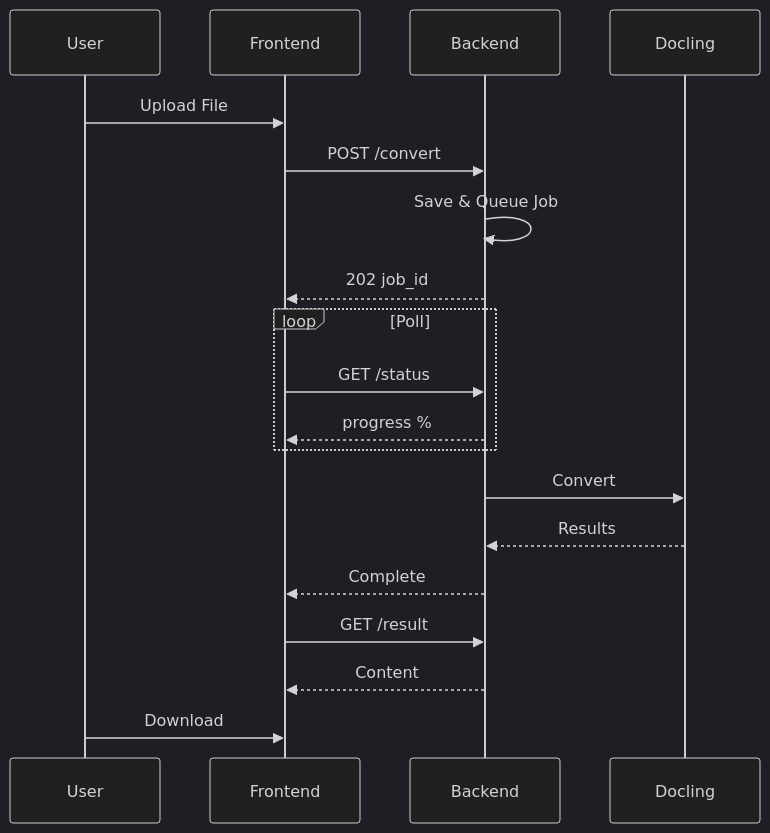
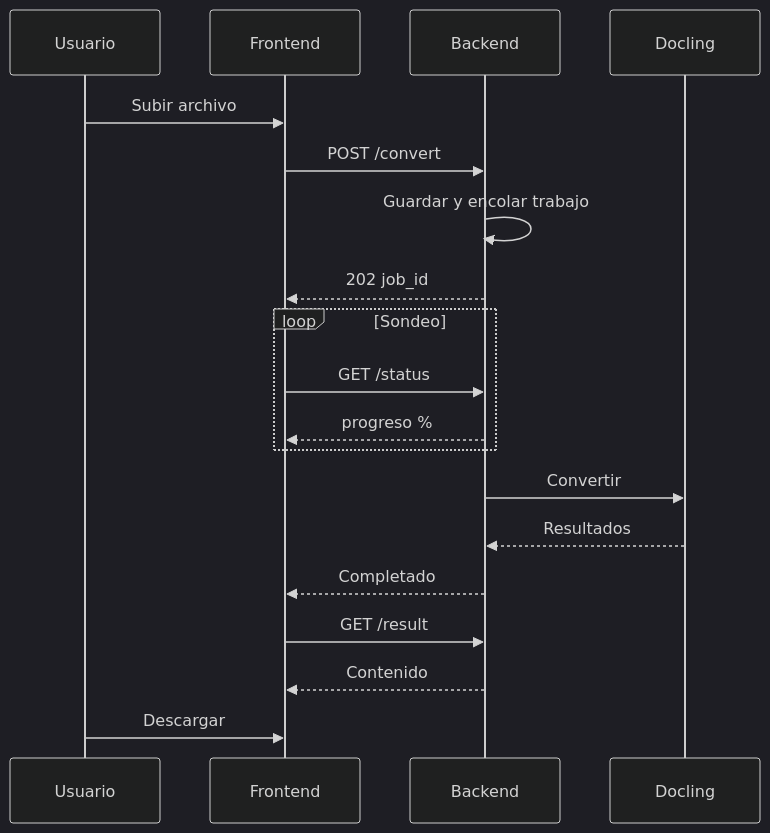
One commit to duckling-ui/duckling changed the fourth of 8 diagrams in docs/es/architecture/diagrams.md. Above: the diagram before and after it, drawn with Mermaid (dark theme). The commit also changed other lines of this file and 133 other files, not shown here.

````diff
--- a/docs/es/architecture/diagrams.md
+++ b/docs/es/architecture/diagrams.md
@@ -100,24 +100,24 @@
 ```mermaid
 sequenceDiagram
-    participant U as User
+    participant U as Usuario
     participant F as Frontend
     participant B as Backend
     participant D as Docling
 
-    U->>F: Upload File
+    U->>F: Subir archivo
     F->>B: POST /convert
-    B->>B: Save & Queue Job
+    B->>B: Guardar y encolar trabajo
     B-->>F: 202 job_id
 
-    loop Poll
+    loop Sondeo
         F->>B: GET /status
-        B-->>F: progress %
+        B-->>F: progreso %
     end
 
-    B->>D: Convert
-    D-->>B: Results
-    B-->>F: Complete
+    B->>D: Convertir
+    D-->>B: Resultados
+    B-->>F: Completado
     F->>B: GET /result
-    B-->>F: Content
-    U->>F: Download
+    B-->>F: Contenido
+    U->>F: Descargar
 ```
````
